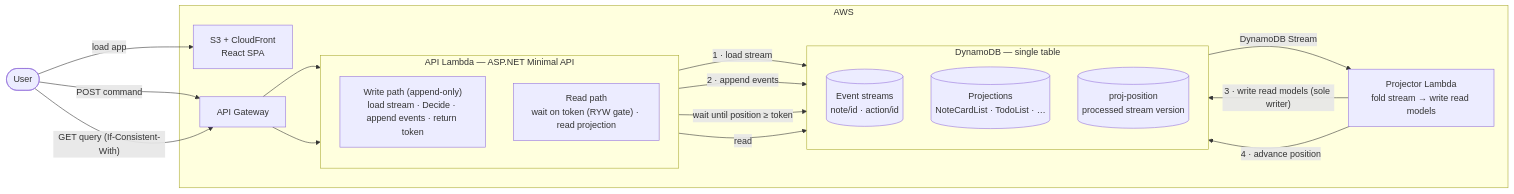
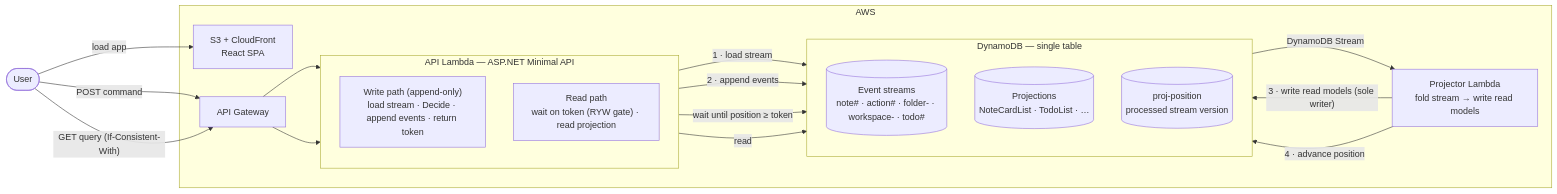
One commit to simonkirkham/ai-note-taker changed the diagram in docs/architecture.md. Above: the diagram before and after it, drawn with Mermaid. The commit also changed 3 other files, not shown here.

````diff
--- a/docs/architecture.md
+++ b/docs/architecture.md
@@ -60,39 +60,39 @@
 ```mermaid
 flowchart LR
     User([User])
 
     subgraph AWS [AWS]
         CDN["S3 + CloudFront\nReact SPA"]
         APIGW["API Gateway"]
 
         subgraph Lambda ["API Lambda — ASP.NET Minimal API"]
             direction TB
             WR["Write path (append-only)\nload stream · Decide · append events · return token"]
             RD["Read path\nwait on token (RYW gate) · read projection"]
         end
 
         PRJ["Projector Lambda\nfold stream → write read models"]
 
         subgraph DB ["DynamoDB — single table"]
             direction TB
-            ES[("Event streams\nnote/id · action/id")]
+            ES[("Event streams\nnote# · action# · folder- · workspace- · todo#")]
             RM[("Projections\nNoteCardList · TodoList · …")]
             POS[("proj-position\nprocessed stream version")]
         end
     end
 
     User -- "load app" --> CDN
     User -- "POST command" --> APIGW
     User -- "GET query (If-Consistent-With)" --> APIGW
 
     APIGW --> WR
     APIGW --> RD
 
     WR -- "1 · load stream" --> ES
     WR -- "2 · append events" --> ES
     ES -- "DynamoDB Stream" --> PRJ
     PRJ -- "3 · write read models (sole writer)" --> RM
     PRJ -- "4 · advance position" --> POS
     RD -- "wait until position ≥ token" --> POS
     RD -- "read" --> RM
 ```
````
